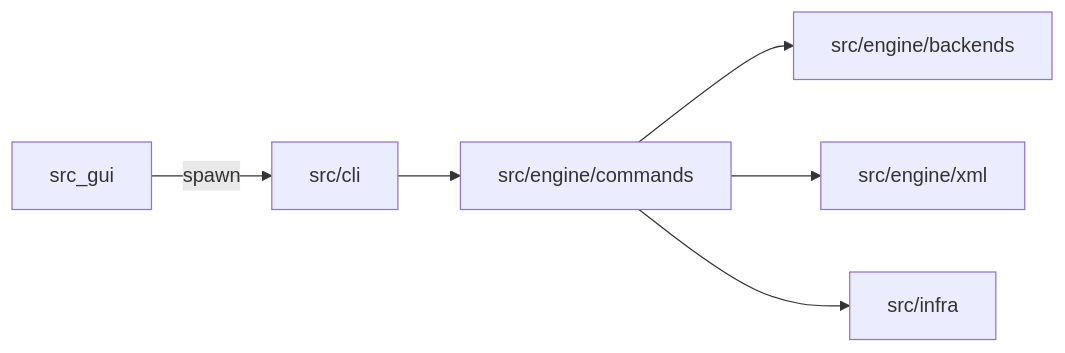
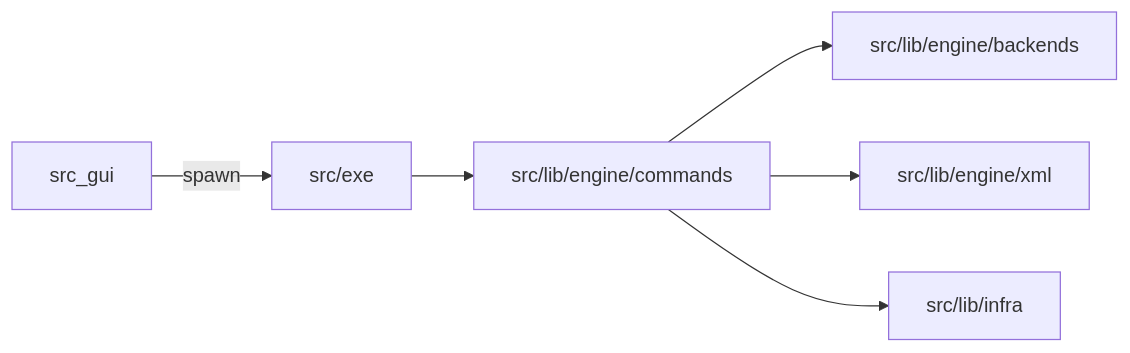
Before and after one commit to shelltdf/up: the diagram in ai-software-engineering/01-logic/system-design.md, drawn with Mermaid. The commit also changed other lines of this file and 157 other files, not shown here.

````diff
--- a/ai-software-engineering/01-logic/system-design.md
+++ b/ai-software-engineering/01-logic/system-design.md
@@ -5,8 +5,8 @@
 ```mermaid
 flowchart LR
-  CLI[src/cli] --> CMD[src/engine/commands]
-  CMD --> BACK[src/engine/backends]
-  CMD --> XML[src/engine/xml]
-  CMD --> INFRA[src/infra]
+  CLI[src/exe] --> CMD[src/lib/engine/commands]
+  CMD --> BACK[src/lib/engine/backends]
+  CMD --> XML[src/lib/engine/xml]
+  CMD --> INFRA[src/lib/infra]
   GUI[src_gui] -->|spawn| CLI
 ```
````
